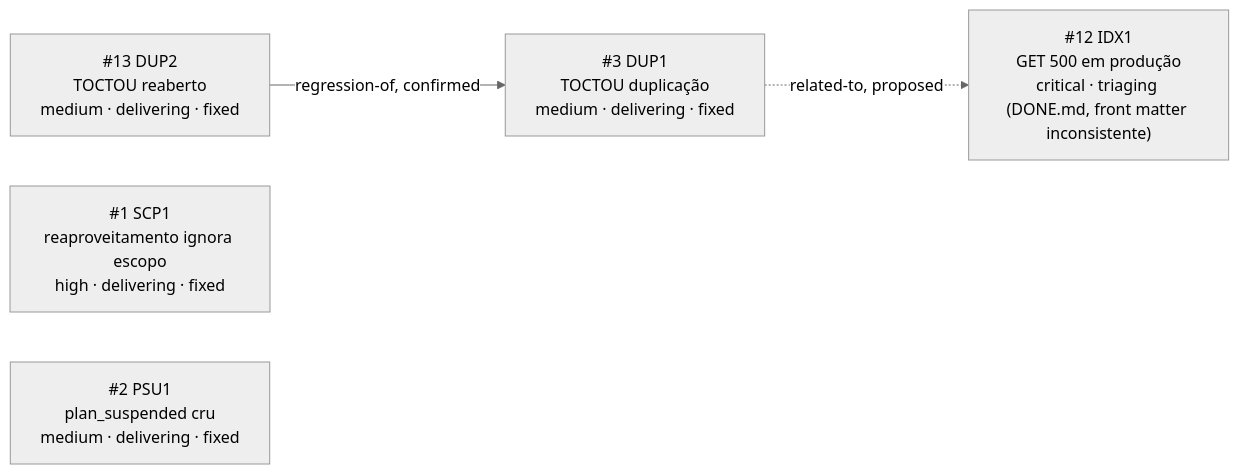
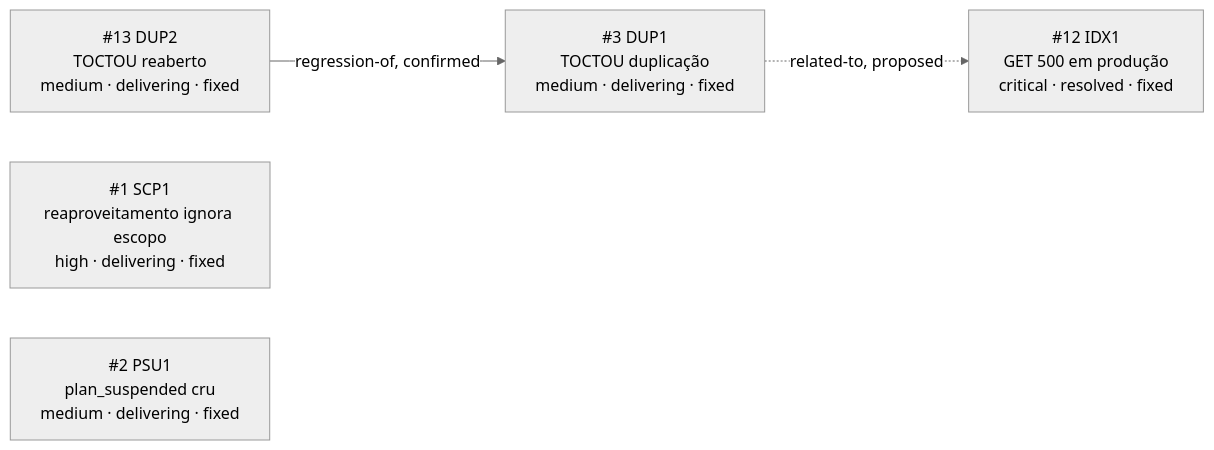
One commit to antoniojunnior/portal-sigilo changed the diagram in _reversa_bugs/relatorios/generated/graph.md. Above: the diagram before and after it, drawn with Mermaid (neutral theme). The commit also changed 9 other files, not shown here.

````diff
--- a/_reversa_bugs/relatorios/generated/graph.md
+++ b/_reversa_bugs/relatorios/generated/graph.md
@@ -5,10 +5,10 @@
 ```mermaid
 graph LR
-    IDX1["#12 IDX1<br/>GET 500 em produção<br/>critical · triaging (DONE.md, front matter inconsistente)"]
+    IDX1["#12 IDX1<br/>GET 500 em produção<br/>critical · resolved · fixed"]
     DUP2["#13 DUP2<br/>TOCTOU reaberto<br/>medium · delivering · fixed"]
     SCP1["#1 SCP1<br/>reaproveitamento ignora escopo<br/>high · delivering · fixed"]
     PSU1["#2 PSU1<br/>plan_suspended cru<br/>medium · delivering · fixed"]
     DUP1["#3 DUP1<br/>TOCTOU duplicação<br/>medium · delivering · fixed"]
     DUP1 -.->|related-to, proposed| IDX1
     DUP2 -->|regression-of, confirmed| DUP1
 ```
````
